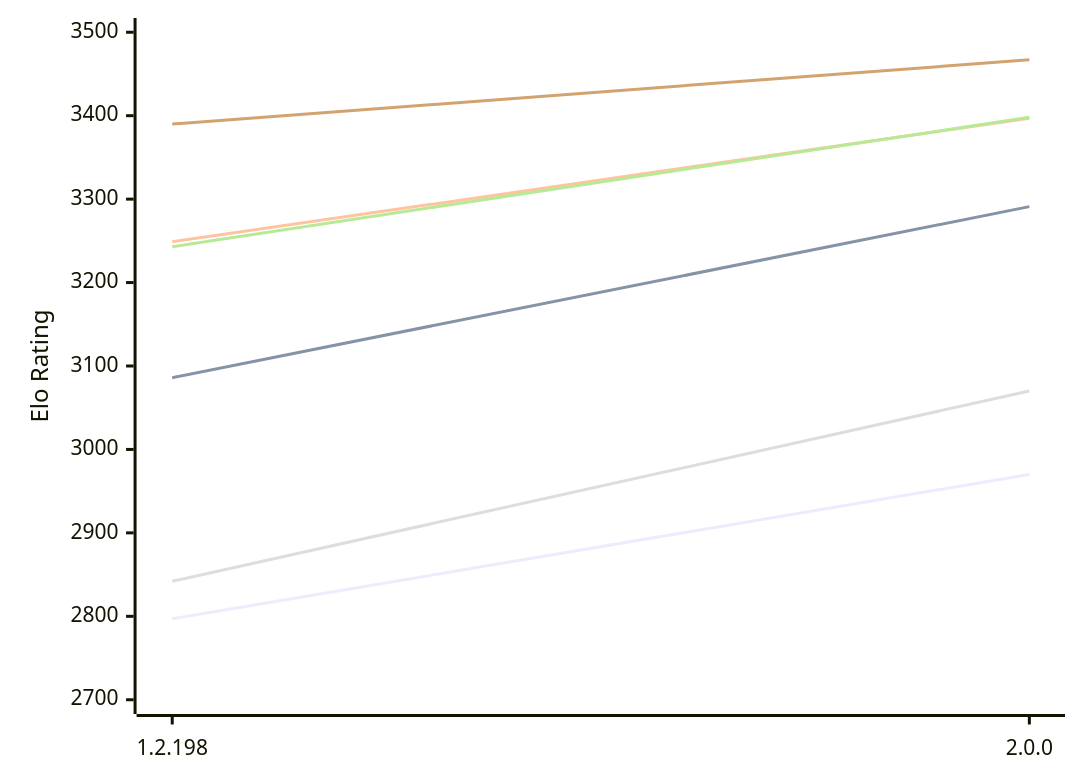
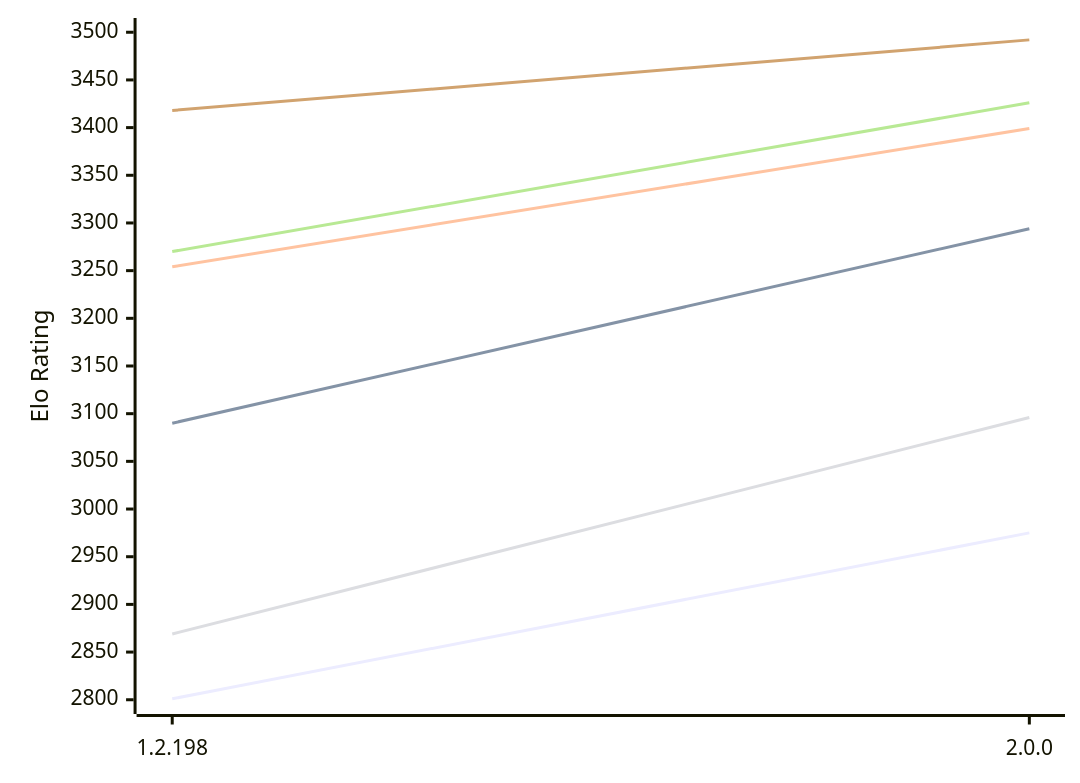
Before and after one commit to computer-chess-index/cci: the diagram in engines/Zenith.md, drawn with Mermaid. The commit also changed other lines of this file, not shown here.

Commit message:
Update CCI Ratings (ELO VLTC) - 2026-10-21

````diff
--- a/engines/Zenith.md
+++ b/engines/Zenith.md
@@ -49,12 +49,12 @@
 ```mermaid
 %%{init: {"theme":"base","themeVariables":{"seriesColors:['#a3a3a3','#222221','#faa371']}}}%%
 xychart-beta
   x-axis ["1.2.198", "2.0.0"]
-  y-axis "Elo Rating" 2700 --> 3500
-  line "E1: STC (8.0+0.08s)" [2797, 2970]
-  line "E1: LTC (60.0+0.60s)" [3086, 3291]
-  line "E1: VLTC (2m24s+1.12s)" [3249, 3397]
-  line "P1: STC (8.0+0.08s)" [2842, 3070]
-  line "P1: LTC (60.0+0.60s)" [3243, 3398]
-  line "P1: VLTC (2m24s+1.12s)" [3390, 3467]
+  y-axis "Elo Rating" 2800 --> 3500
+  line "E1: STC (8.0+0.08s)" [2801, 2975]
+  line "E1: LTC (60.0+0.60s)" [3090, 3294]
+  line "E1: VLTC (2m24s+1.12s)" [3254, 3399]
+  line "P1: STC (8.0+0.08s)" [2869, 3096]
+  line "P1: LTC (60.0+0.60s)" [3270, 3426]
+  line "P1: VLTC (2m24s+1.12s)" [3418, 3492]
 ```
````
